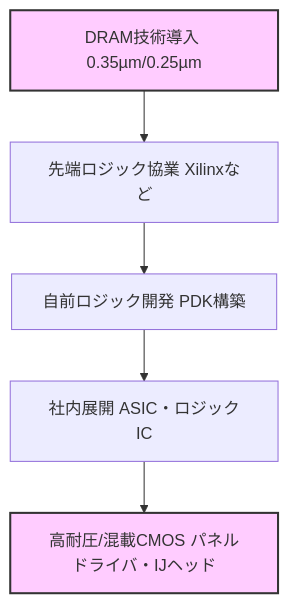
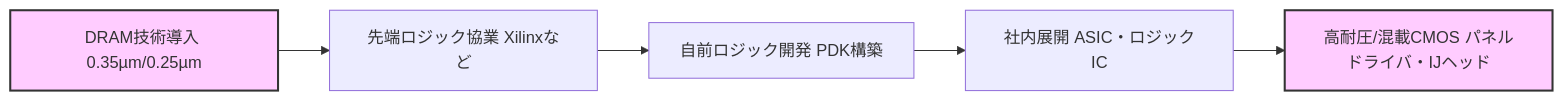
The third of 3 diagrams in archive/in1997/Epson_Sakata_8inch_Line.md (Samizo-AITL/Edusemi-Plus), drawn with Mermaid before and after one commit. The commit also changed other lines of this file, not shown here.

````diff
--- a/archive/in1997/Epson_Sakata_8inch_Line.md
+++ b/archive/in1997/Epson_Sakata_8inch_Line.md
@@ -59,10 +189,10 @@
 ```mermaid
-flowchart TB
+flowchart LR
     A[DRAM技術導入 0.35µm/0.25µm] --> B[先端ロジック協業 Xilinxなど]
     B --> C[自前ロジック開発 PDK構築]
     C --> D[社内展開 ASIC・ロジックIC]
     D --> E[高耐圧/混載CMOS パネルドライバ・IJヘッド]
 
     classDef focus fill:#ffccff,stroke:#333,stroke-width:2px;
     class A,E focus
 ```
````
